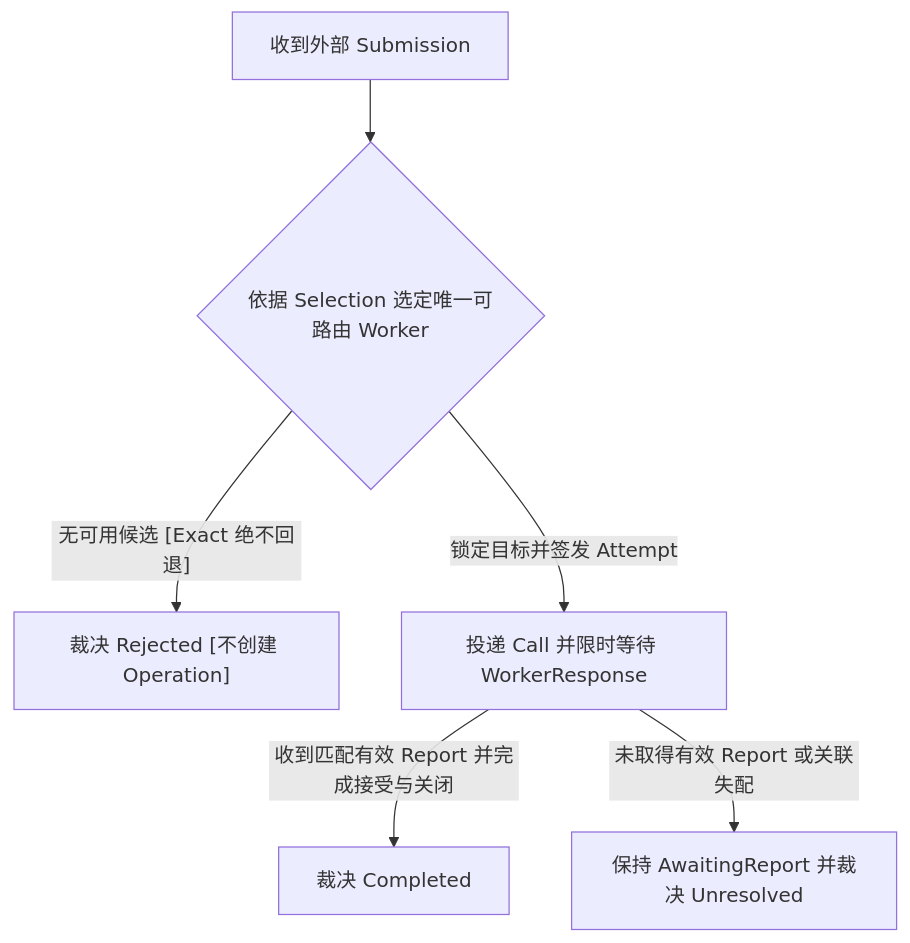
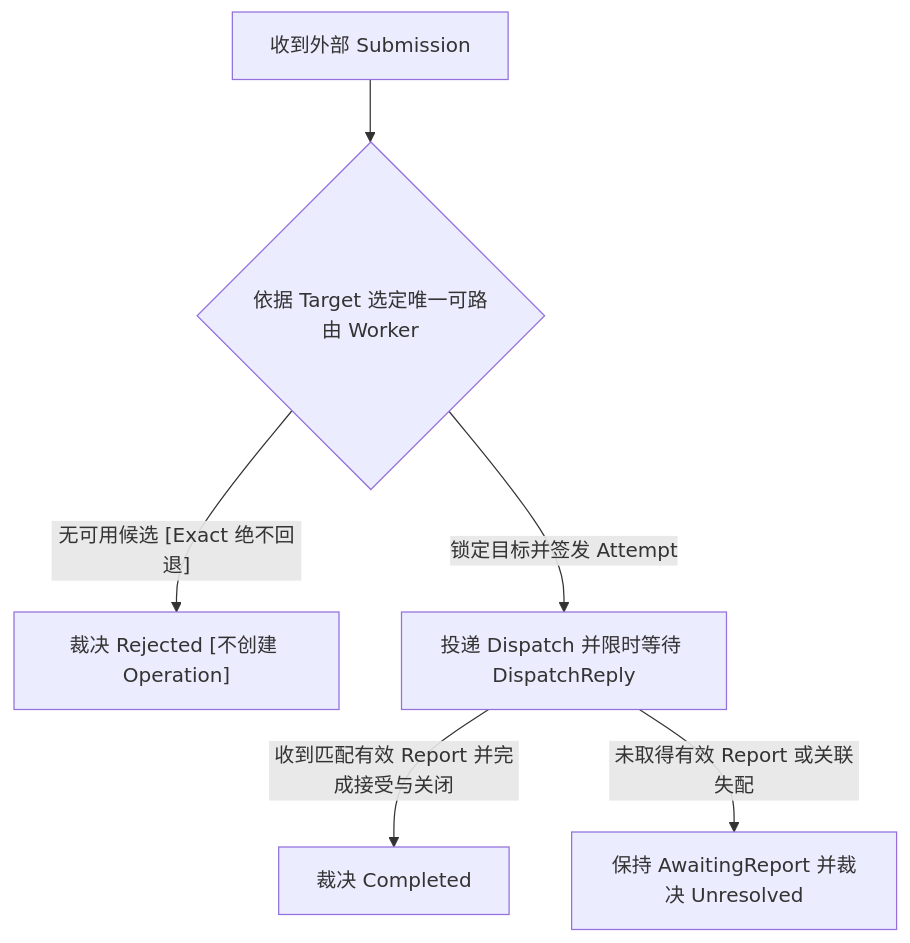
One commit to Everfold/Beamlet changed the diagram in spec/05-routing.md. Above: the diagram before and after it, drawn with Mermaid. The commit also changed other lines of this file and 19 other files, not shown here.

Commit message:
docs(spec): refine terminology to Idle, Accepting, RoleSession, Link, Target, and Dispatch

````diff
--- a/spec/05-routing.md
+++ b/spec/05-routing.md
@@ -9,8 +9,8 @@
 ```mermaid
 flowchart TD
-    Sub["收到外部 Submission"] --> Pick{"依据 Selection 选定唯一可路由 Worker"}
+    Sub["收到外部 Submission"] --> Pick{"依据 Target 选定唯一可路由 Worker"}
     Pick -->|"无可用候选 [Exact 绝不回退]"| OutRej["裁决 Rejected [不创建 Operation]"]
-    Pick -->|"锁定目标并签发 Attempt"| Call["投递 Call 并限时等待 WorkerResponse"]
-    Call -->|"收到匹配有效 Report 并完成接受与关闭"| OutOk["裁决 Completed"]
-    Call -->|"未取得有效 Report 或关联失配"| OutUnres["保持 AwaitingReport 并裁决 Unresolved"]
+    Pick -->|"锁定目标并签发 Attempt"| Disp["投递 Dispatch 并限时等待 DispatchReply"]
+    Disp -->|"收到匹配有效 Report 并完成接受与关闭"| OutOk["裁决 Completed"]
+    Disp -->|"未取得有效 Report 或关联失配"| OutUnres["保持 AwaitingReport 并裁决 Unresolved"]
 ```
````
